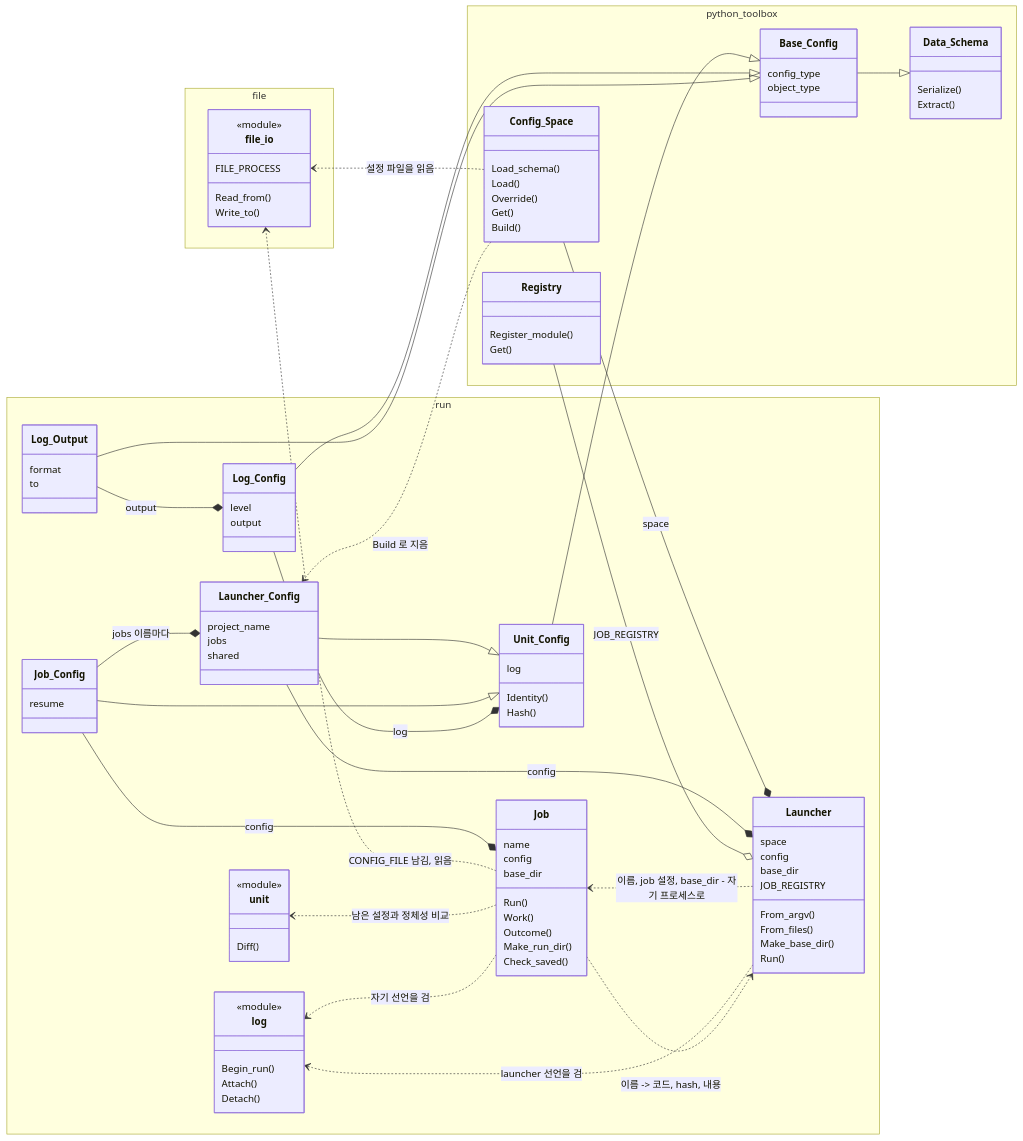
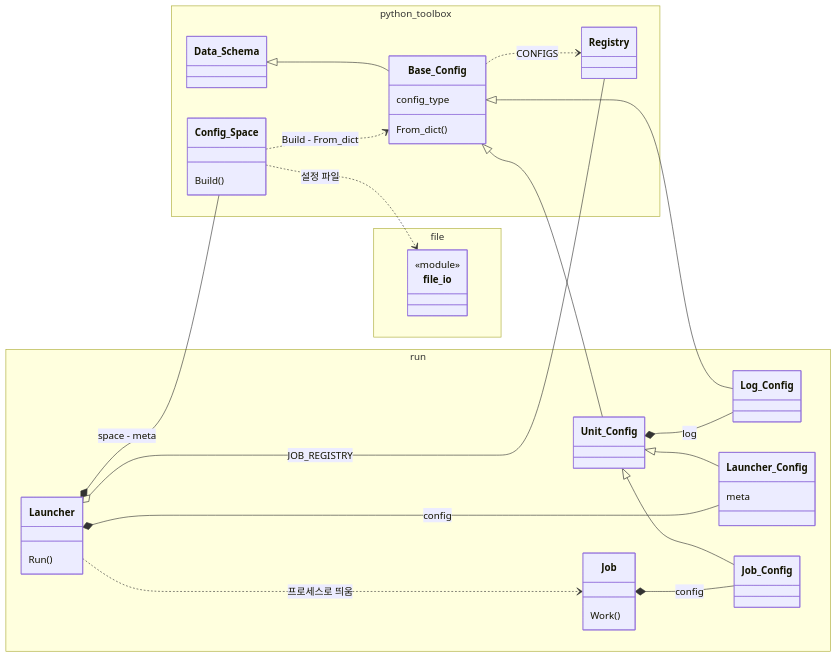
One commit to DXR-keonghun6612/ToolBox changed the diagram in python_toolbox/README.md. Above: the diagram before and after it, drawn with Mermaid. The commit also changed other lines of this file and 20 other files, not shown here.

````diff
--- a/python_toolbox/README.md
+++ b/python_toolbox/README.md
@@ -9,110 +9,51 @@
 ```mermaid
 classDiagram
-    direction RL
+    direction LR
     namespace python_toolbox {
-        class Data_Schema {
-            Serialize()
-            Extract()
-        }
+        class Data_Schema
         class Base_Config {
             config_type
-            object_type
+            From_dict()
         }
-        class Registry {
-            Register_module()
-            Get()
-        }
+        class Registry
         class Config_Space {
-            Load_schema()
-            Load()
-            Override()
-            Get()
             Build()
         }
     }
     namespace file {
         class file_io {
             <<module>>
-            Read_from()
-            Write_to()
-            FILE_PROCESS
         }
     }
     namespace run {
+        class Unit_Config
+        class Log_Config
+        class Launcher_Config {
+            meta
+        }
+        class Job_Config
         class Launcher {
-            space
-            config
-            base_dir
-            JOB_REGISTRY
-            From_argv()
-            From_files()
-            Make_base_dir()
             Run()
         }
-        class Launcher_Config {
-            project_name
-            jobs
-            shared
-        }
         class Job {
-            name
-            config
-            base_dir
-            Run()
             Work()
-            Outcome()
-            Make_run_dir()
-            Check_saved()
-        }
-        class Job_Config {
-            resume
-        }
-        class Unit_Config {
-            log
-            Identity()
-            Hash()
-        }
-        class unit {
-            <<module>>
-            Diff()
-        }
-        class Log_Config {
-            level
-            output
-        }
-        class Log_Output {
-            format
-            to
-        }
-        class log {
-            <<module>>
-            Begin_run()
-            Attach()
-            Detach()
         }
     }
 
     Data_Schema <|-- Base_Config
     Base_Config <|-- Unit_Config
+    Base_Config <|-- Log_Config
     Unit_Config <|-- Launcher_Config
     Unit_Config <|-- Job_Config
-    Base_Config <|-- Log_Config
-    Base_Config <|-- Log_Output
 
-    Launcher *-- Config_Space : space
+    Unit_Config *-- Log_Config : log
     Launcher *-- Launcher_Config : config
+    Launcher *-- Config_Space : space - meta
+    Job *-- Job_Config : config
+
+    Base_Config ..> Registry : CONFIGS
+    Config_Space ..> Base_Config : Build - From_dict
+    Config_Space ..> file_io : 설정 파일
     Launcher o-- Registry : JOB_REGISTRY
-    Launcher_Config *-- Job_Config : jobs 이름마다
-    Job *-- Job_Config : config
-    Unit_Config *-- Log_Config : log
-    Log_Config *-- Log_Output : output
-
-    Config_Space ..> file_io : 설정 파일을 읽음
-    Config_Space ..> Launcher_Config : Build 로 지음
-    Launcher ..> Job : 이름, job 설정, base_dir - 자기 프로세스로
-    Job ..> Launcher : 이름 -> 코드, hash, 내용
-    Job ..> file_io : CONFIG_FILE 남김, 읽음
-    Job ..> unit : 남은 설정과 정체성 비교
-    Launcher ..> log : launcher 선언을 검
-    Job ..> log : 자기 선언을 검
+    Launcher ..> Job : 프로세스로 띄움
 ```
````
